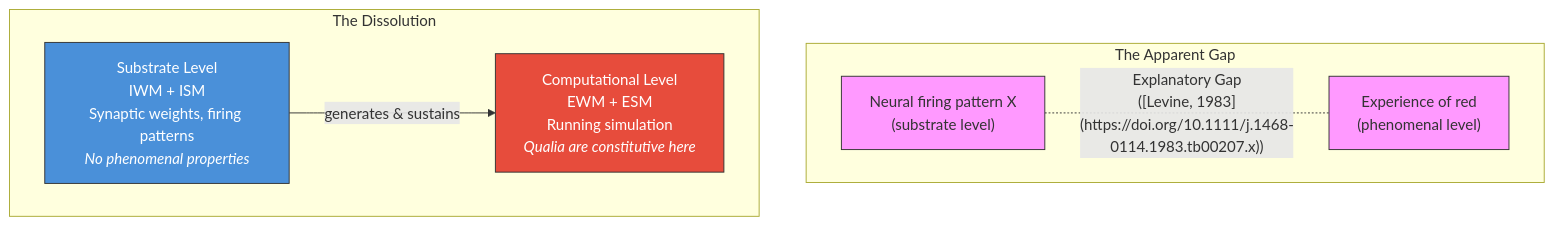
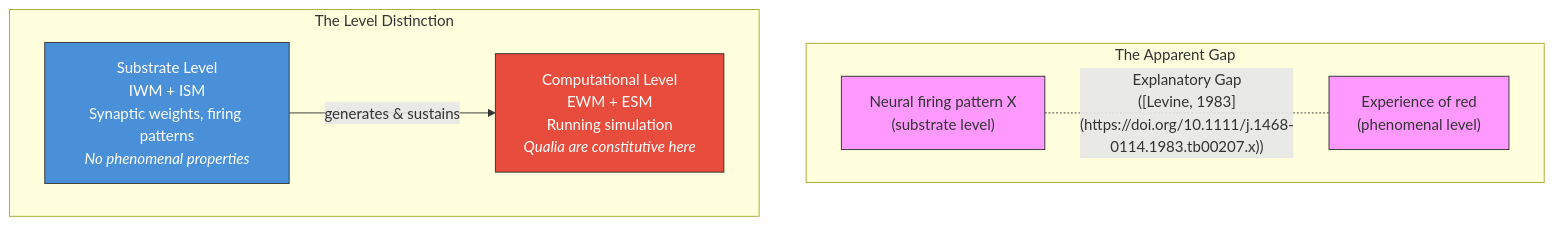
The diagram in wiki/hard-problem/explanatory-gap.md (JeltzProstetnic/aIware), drawn with Mermaid before and after one commit. The commit also changed other lines of this file and 124 other files, not shown here.

````diff
--- a/wiki/hard-problem/explanatory-gap.md
+++ b/wiki/hard-problem/explanatory-gap.md
@@ -43,15 +45,15 @@
 ```mermaid
 graph TB
     subgraph "The Apparent Gap"
         A["Neural firing pattern X<br/>(substrate level)"] -.-|"Explanatory Gap<br/>([Levine, 1983](https://doi.org/10.1111/j.1468-0114.1983.tb00207.x))"| B["Experience of red<br/>(phenomenal level)"]
     end
 
-    subgraph "The Dissolution"
+    subgraph "The Level Distinction"
         C["Substrate Level<br/>IWM + ISM<br/>Synaptic weights, firing patterns<br/><em>No phenomenal properties</em>"] -->|"generates & sustains"| D["Computational Level<br/>EWM + ESM<br/>Running simulation<br/><em>Qualia are constitutive here</em>"]
     end
 
     style A fill:#f9f,stroke:#333
     style B fill:#f9f,stroke:#333
     style C fill:#4a90d9,stroke:#333,color:#fff
     style D fill:#e74c3c,stroke:#333,color:#fff
 ```
````
